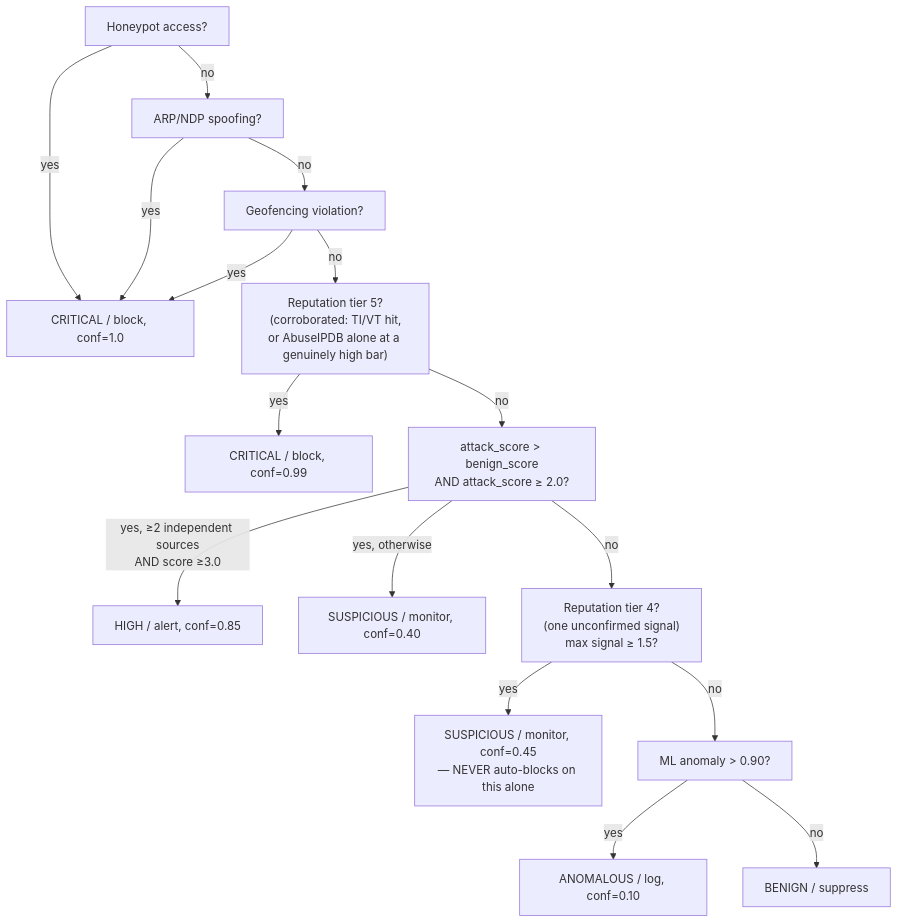
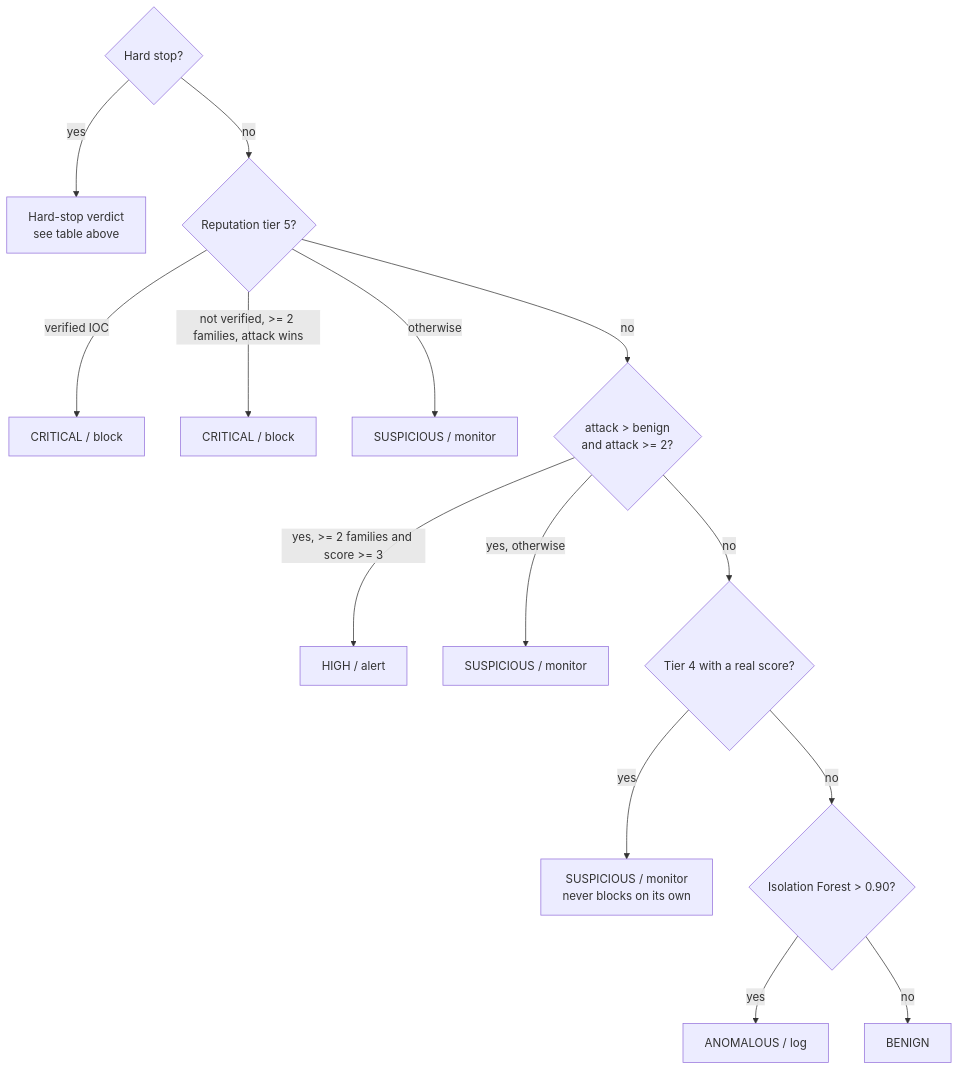
The second of 2 diagrams in Documentation/ENGINEERING_MANUAL.md (gsaket-sky/home-ids), drawn with Mermaid before and after one commit. The commit also changed other lines of this file and 23 other files, not shown here.

````diff
--- a/Documentation/ENGINEERING_MANUAL.md
+++ b/Documentation/ENGINEERING_MANUAL.md
@@ -104,18 +345,16 @@
 ```mermaid
 flowchart TD
-    A["Honeypot access?"] -->|yes| Z1["CRITICAL / block, conf=1.0"]
-    A -->|no| B["ARP/NDP spoofing?"]
-    B -->|yes| Z1
-    B -->|no| C["Geofencing violation?"]
-    C -->|yes| Z1
-    C -->|no| D["Reputation tier 5?<br/>(corroborated: TI/VT hit,<br/>or AbuseIPDB alone at a genuinely high bar)"]
-    D -->|yes| Z2["CRITICAL / block, conf=0.99"]
-    D -->|no| E["attack_score > benign_score<br/>AND attack_score ≥ 2.0?"]
-    E -->|yes, ≥2 independent sources<br/>AND score ≥3.0| Z3["HIGH / alert, conf=0.85"]
-    E -->|yes, otherwise| Z4["SUSPICIOUS / monitor, conf=0.40"]
-    E -->|no| F["Reputation tier 4?<br/>(one unconfirmed signal)<br/>max signal ≥ 1.5?"]
-    F -->|yes| Z5["SUSPICIOUS / monitor, conf=0.45<br/>— NEVER auto-blocks on this alone"]
-    F -->|no| G["ML anomaly > 0.90?"]
-    G -->|yes| Z6["ANOMALOUS / log, conf=0.10"]
-    G -->|no| Z7["BENIGN / suppress"]
+    A{Hard stop?} -->|yes| HS[Hard-stop verdict<br/>see table above]
+    A -->|no| T5{Reputation tier 5?}
+    T5 -->|verified IOC| C1[CRITICAL / block]
+    T5 -->|"not verified, >= 2 families, attack wins"| C2[CRITICAL / block]
+    T5 -->|otherwise| S1[SUSPICIOUS / monitor]
+    T5 -->|no| AW{"attack > benign<br/>and attack >= 2?"}
+    AW -->|"yes, >= 2 families and score >= 3"| H[HIGH / alert]
+    AW -->|yes, otherwise| S2[SUSPICIOUS / monitor]
+    AW -->|no| T4{"Tier 4 with a real score?"}
+    T4 -->|yes| S3[SUSPICIOUS / monitor<br/>never blocks on its own]
+    T4 -->|no| ML{"Isolation Forest > 0.90?"}
+    ML -->|yes| AN[ANOMALOUS / log]
+    ML -->|no| BN[BENIGN]
 ```
````
